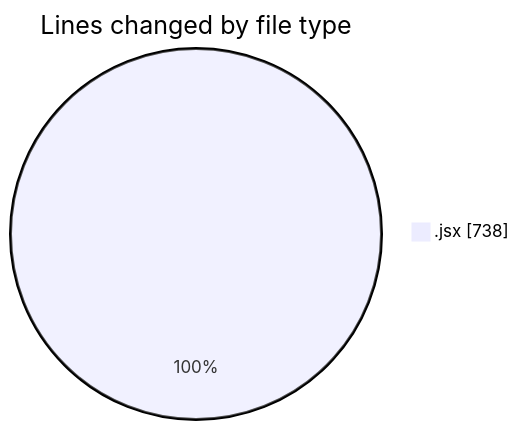
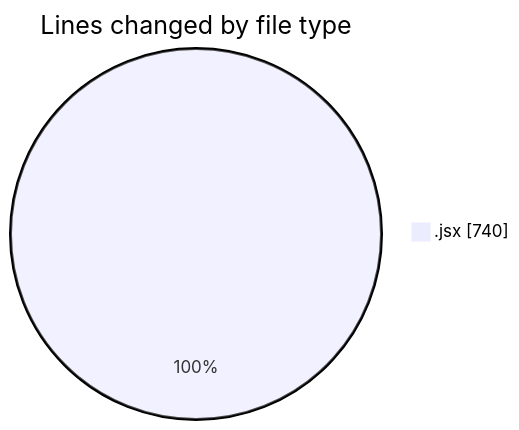
Before and after one commit to nxtqubesakshisongat/code-tracking: the first of 2 diagrams in 2025-05-19/nxtqube_webapp/README.md, drawn with Mermaid. The commit also changed other lines of this file and 1 other file, not shown here.

````diff
--- a/2025-05-19/nxtqube_webapp/README.md
+++ b/2025-05-19/nxtqube_webapp/README.md
@@ -21,5 +21,5 @@
 ```mermaid
 pie showData
 title Lines changed by file type
-".jsx" : 738
+".jsx" : 740
 ```
````
